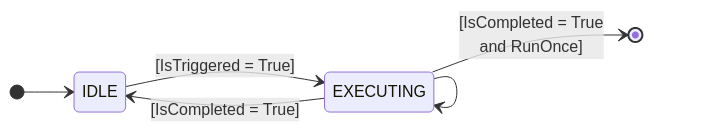
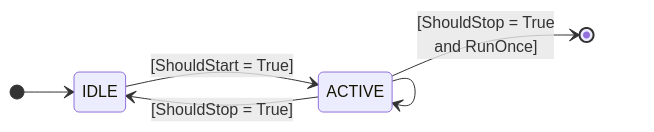
The diagram in docs/_pond/02b-features-commands.md (FTC-23206/.github), drawn with Mermaid before and after one commit. The commit also changed other lines of this file and 2 other files, not shown here.

```diff
--- a/docs/_pond/02b-features-commands.md
+++ b/docs/_pond/02b-features-commands.md
@@ -9,9 +22,9 @@
 <div class="mermaid">
 stateDiagram-v2
     direction LR
     [*] --> IDLE
-    IDLE --> EXECUTING:[IsTriggered = True]
-    EXECUTING --> EXECUTING
-    EXECUTING --> IDLE: [IsCompleted = True]
-    EXECUTING --> [*]: [IsCompleted = True <br> and RunOnce]
+    IDLE --> ACTIVE:[ShouldStart = True]
+    ACTIVE --> ACTIVE
+    ACTIVE --> IDLE: [ShouldStop = True]
+    ACTIVE --> [*]: [ShouldStop = True <br> and RunOnce]
 </div>
```
